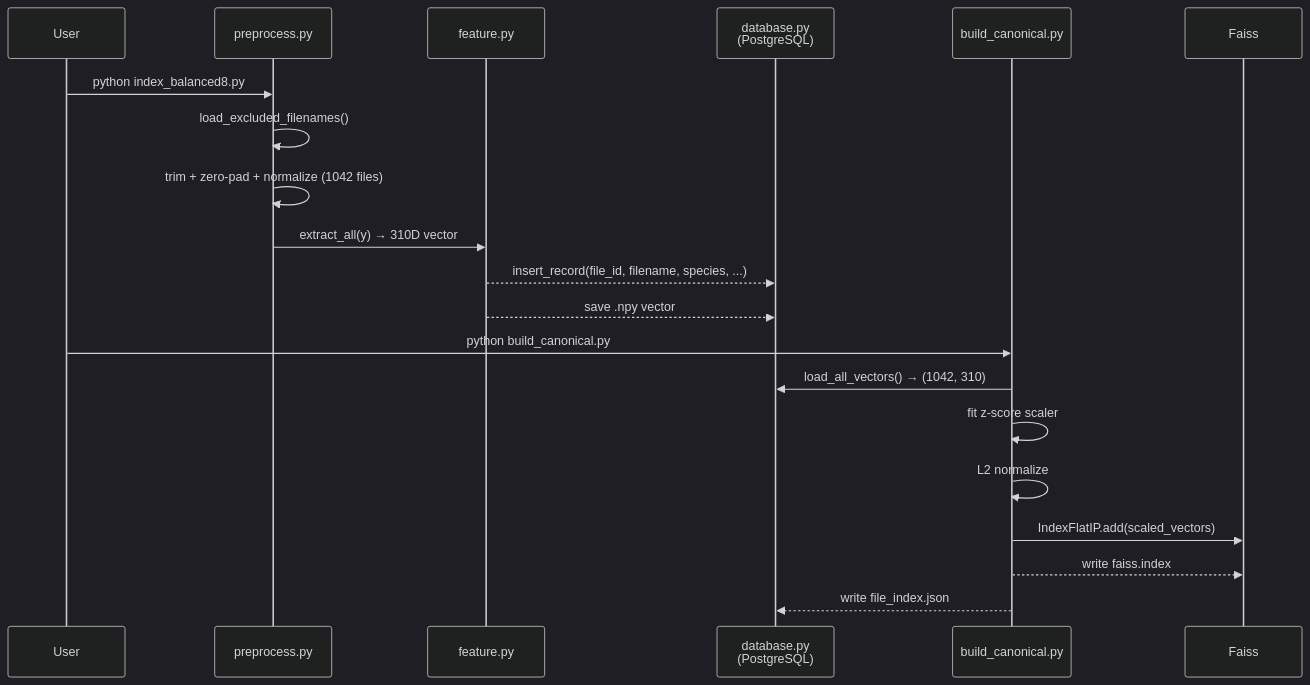
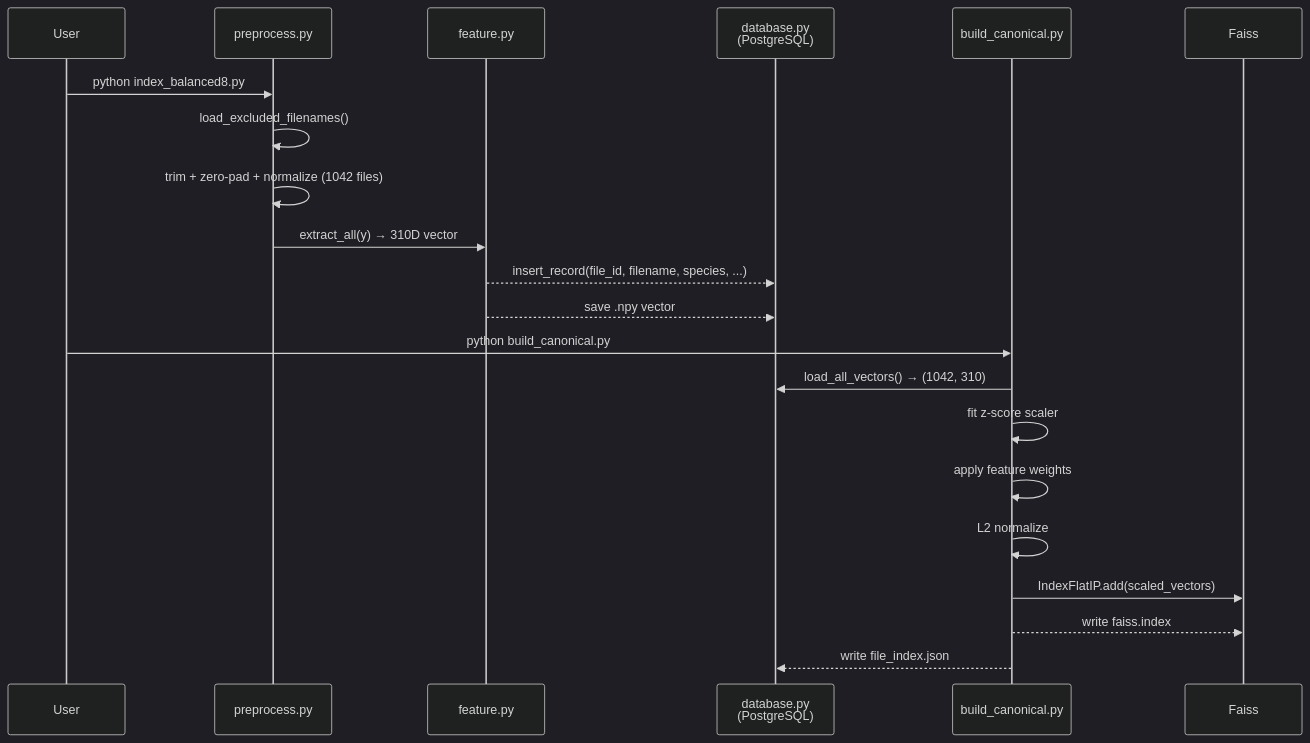
One commit to thacbaonguyen/multimedia_db changed the second of 3 diagrams in CSDLDPT/docs/system_diagram.md. Above: the diagram before and after it, drawn with Mermaid (dark theme). The commit also changed other lines of this file and 11 other files, not shown here.

````diff
--- a/CSDLDPT/docs/system_diagram.md
+++ b/CSDLDPT/docs/system_diagram.md
@@ -85,23 +86,24 @@
 ```mermaid
 sequenceDiagram
     participant U as User
     participant PP as preprocess.py
     participant FE as feature.py
     participant DB as database.py<br>(PostgreSQL)
     participant BC as build_canonical.py
     participant FS as Faiss
 
     U->>PP: python index_balanced8.py
     PP->>PP: load_excluded_filenames()
     PP->>PP: trim + zero-pad + normalize (1042 files)
     PP->>FE: extract_all(y) → 310D vector
     FE-->>DB: insert_record(file_id, filename, species, ...)
     FE-->>DB: save .npy vector
     U->>BC: python build_canonical.py
     BC->>DB: load_all_vectors() → (1042, 310)
     BC->>BC: fit z-score scaler
+    BC->>BC: apply feature weights
     BC->>BC: L2 normalize
     BC->>FS: IndexFlatIP.add(scaled_vectors)
     BC-->>FS: write faiss.index
     BC-->>DB: write file_index.json
 ```
````
